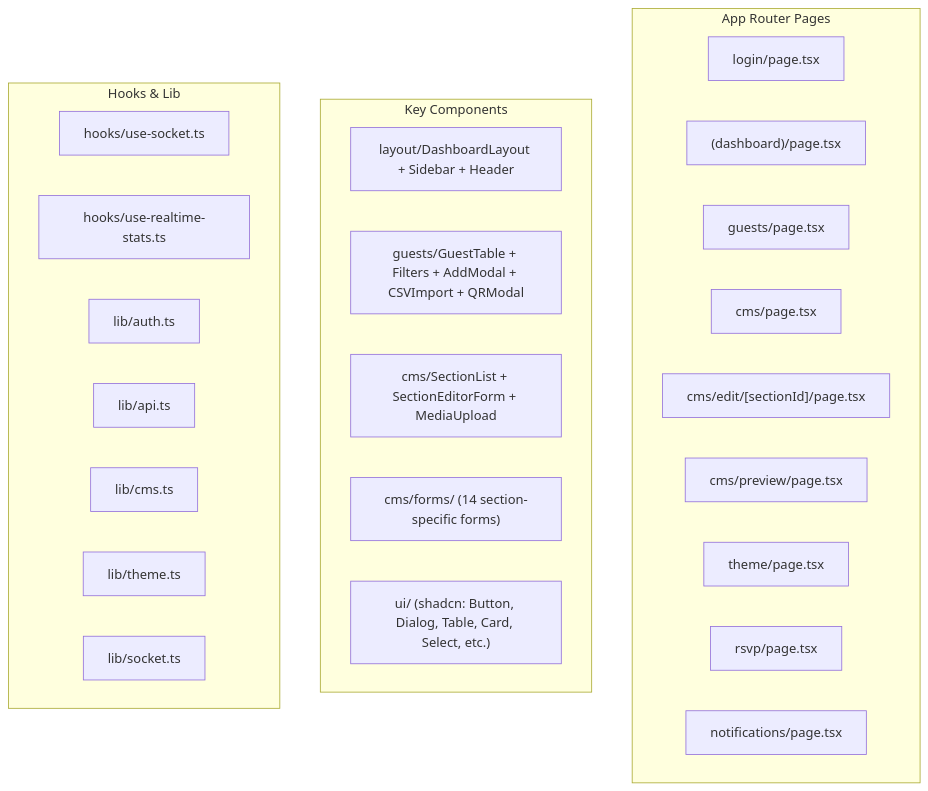
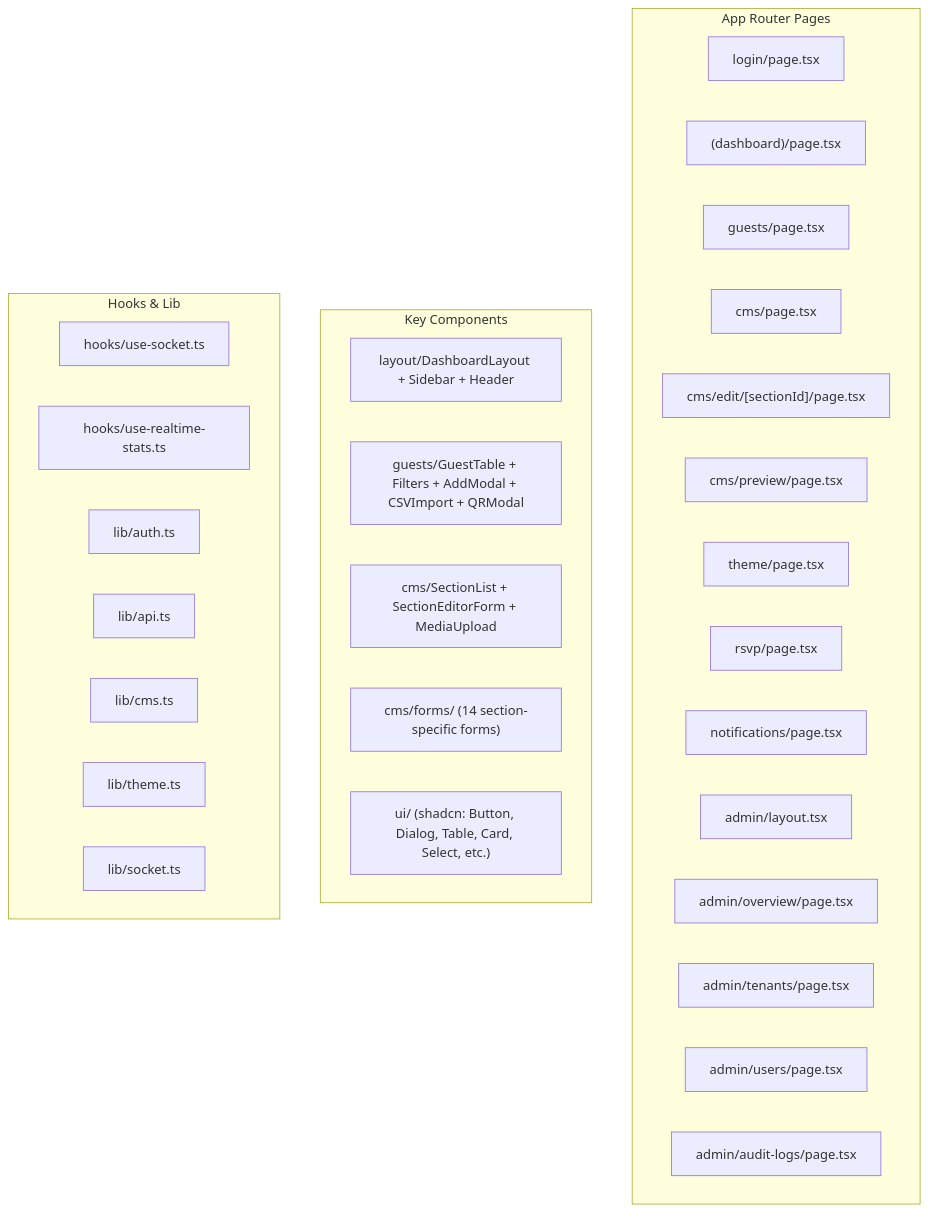
One commit to awingmawe/wedding-ecosystem changed the fourth of 6 diagrams in .agents/summary/components.md. Above: the diagram before and after it, drawn with Mermaid. The commit also changed other lines of this file and 24 other files, not shown here.

Commit message:
feat: implement global admin dashboard with audit logs, tenant management, and user oversight features

````diff
--- a/.agents/summary/components.md
+++ b/.agents/summary/components.md
@@ -134,32 +136,37 @@
 ```mermaid
 graph TB
     subgraph "App Router Pages"
         Login["login/page.tsx"]
         Home["(dashboard)/page.tsx"]
         Guests["guests/page.tsx"]
         CMS["cms/page.tsx"]
         CMSEdit["cms/edit/[sectionId]/page.tsx"]
         CMSPreview["cms/preview/page.tsx"]
         Theme["theme/page.tsx"]
         RSVP["rsvp/page.tsx"]
         Notifications["notifications/page.tsx"]
+        AdminLayout["admin/layout.tsx"]
+        AdminOverview["admin/overview/page.tsx"]
+        AdminTenants["admin/tenants/page.tsx"]
+        AdminUsers["admin/users/page.tsx"]
+        AdminAudit["admin/audit-logs/page.tsx"]
     end
 
     subgraph "Key Components"
         Layout["layout/DashboardLayout + Sidebar + Header"]
         GuestTable["guests/GuestTable + Filters + AddModal + CSVImport + QRModal"]
         CMSComp["cms/SectionList + SectionEditorForm + MediaUpload"]
         Forms["cms/forms/ (14 section-specific forms)"]
         UI["ui/ (shadcn: Button, Dialog, Table, Card, Select, etc.)"]
     end
 
     subgraph "Hooks & Lib"
         UseSocket["hooks/use-socket.ts"]
         UseStats["hooks/use-realtime-stats.ts"]
         AuthLib["lib/auth.ts"]
         APILib["lib/api.ts"]
         CMSLib["lib/cms.ts"]
         ThemeLib["lib/theme.ts"]
         SocketLib["lib/socket.ts"]
     end
 ```
````
